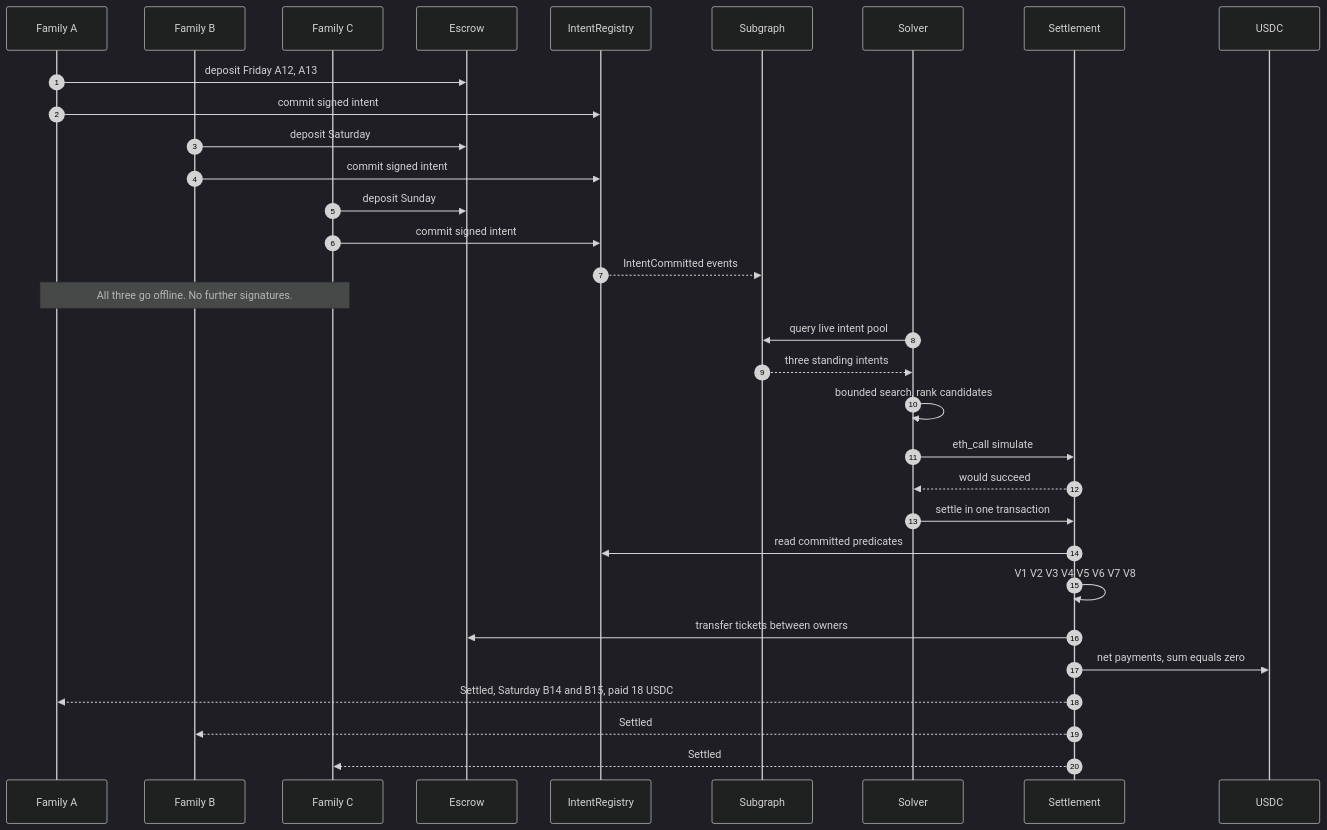
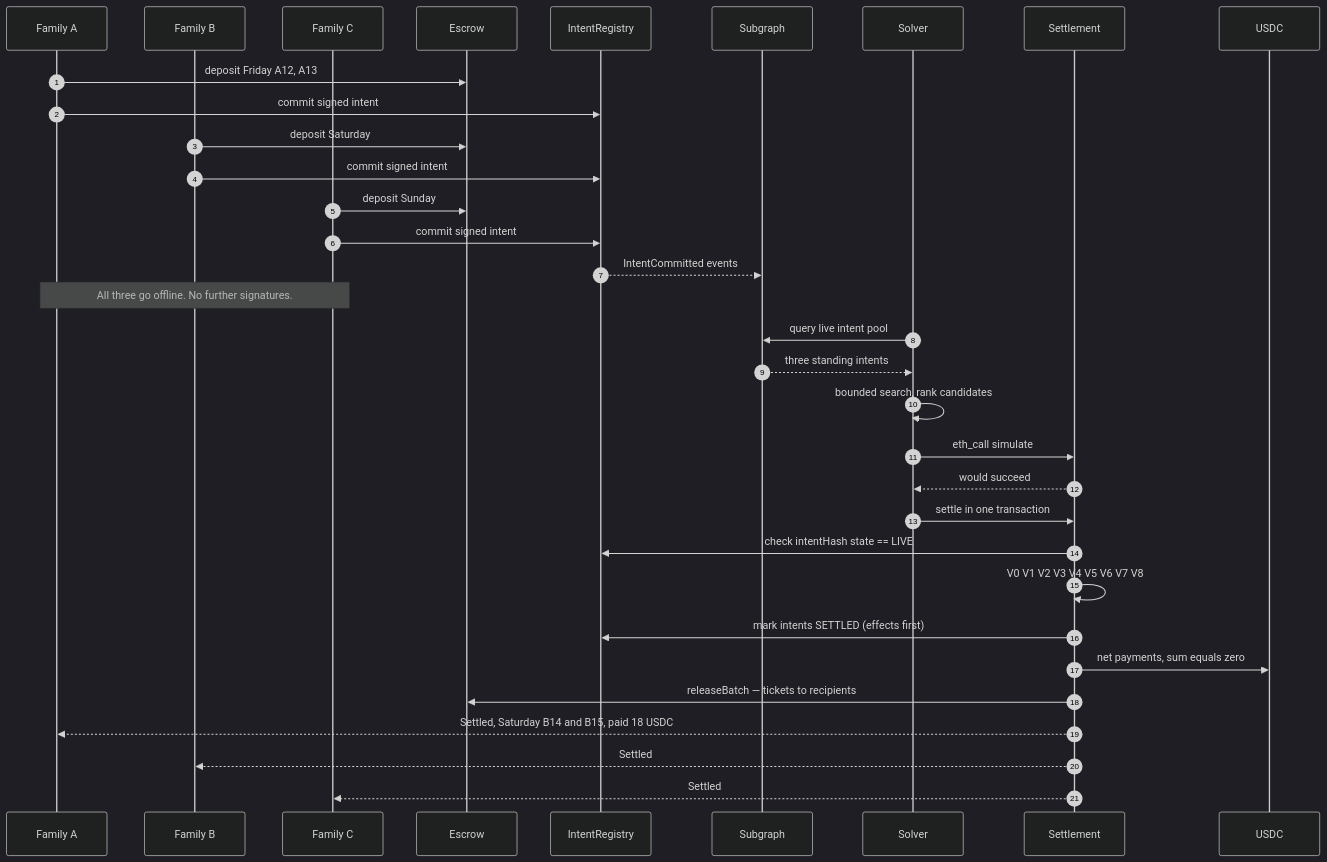
Before and after one commit to angelphoon7/online2026: diagram 22 of 26 in README.md, drawn with Mermaid (dark theme). The commit also changed other lines of this file and 6 other files, not shown here.

````diff
--- a/README.md
+++ b/README.md
@@ -685,39 +747,40 @@
 ```mermaid
 sequenceDiagram
     autonumber
     participant A as Family A
     participant B as Family B
     participant C as Family C
     participant ESC as Escrow
     participant REG as IntentRegistry
     participant SUB as Subgraph
     participant SOL as Solver
     participant SET as Settlement
     participant USDC as USDC
 
     A->>ESC: deposit Friday A12, A13
     A->>REG: commit signed intent
     B->>ESC: deposit Saturday
     B->>REG: commit signed intent
     C->>ESC: deposit Sunday
     C->>REG: commit signed intent
     REG-->>SUB: IntentCommitted events
 
     Note over A,C: All three go offline. No further signatures.
 
     SOL->>SUB: query live intent pool
     SUB-->>SOL: three standing intents
     SOL->>SOL: bounded search, rank candidates
     SOL->>SET: eth_call simulate
     SET-->>SOL: would succeed
     SOL->>SET: settle in one transaction
 
-    SET->>REG: read committed predicates
-    SET->>SET: V1 V2 V3 V4 V5 V6 V7 V8
-    SET->>ESC: transfer tickets between owners
+    SET->>REG: check intentHash state == LIVE
+    SET->>SET: V0 V1 V2 V3 V4 V5 V6 V7 V8
+    SET->>REG: mark intents SETTLED (effects first)
     SET->>USDC: net payments, sum equals zero
+    SET->>ESC: releaseBatch — tickets to recipients
 
     SET-->>A: Settled, Saturday B14 and B15, paid 18 USDC
     SET-->>B: Settled
     SET-->>C: Settled
 ```
````
